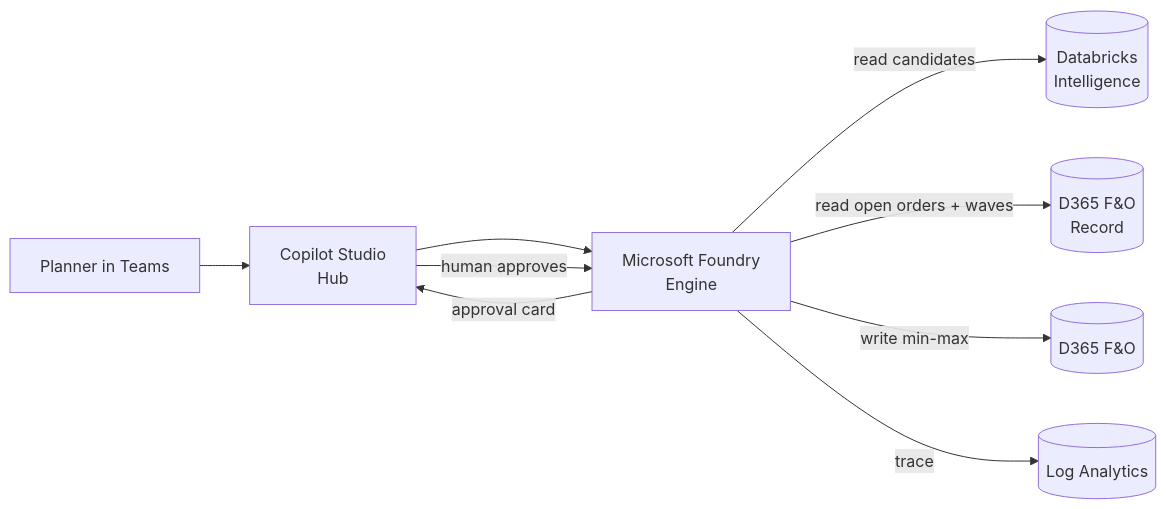
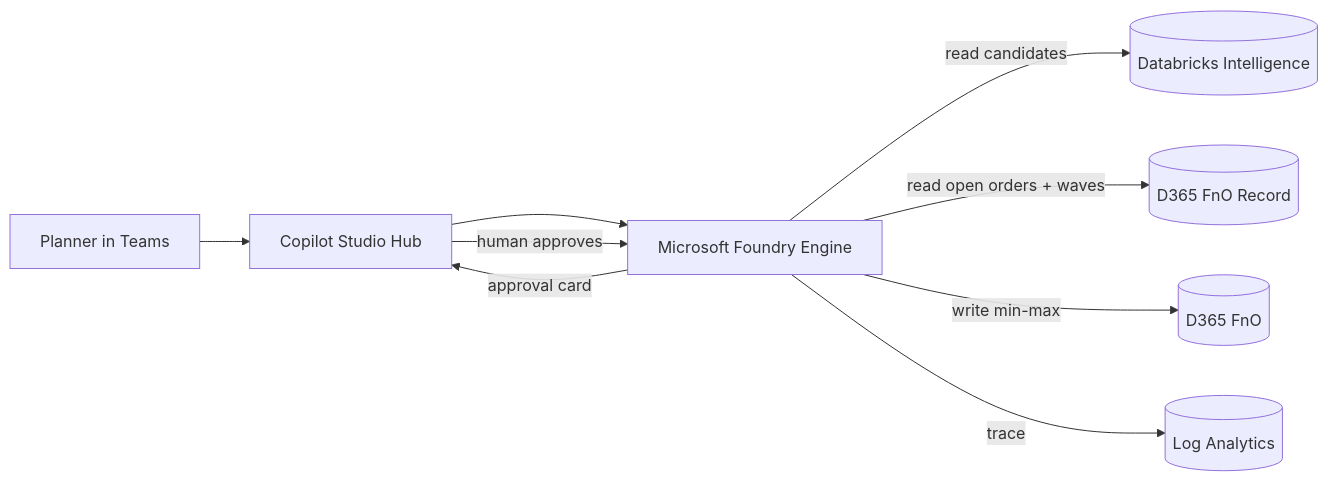
The diagram in docs/01-architecture.md (honestypugh2/warehouse-replenishment-ai-demo), drawn with Mermaid before and after one commit. The commit also changed 3 other files, not shown here.

First line of the commit message:
fix: resolve Mermaid rendering in all docs

````diff
--- a/docs/01-architecture.md
+++ b/docs/01-architecture.md
@@ -22,11 +22,11 @@
 ```mermaid
 flowchart LR
-    P[Planner in Teams] --> CS[Copilot Studio<br/>Hub]
-    CS --> F[Microsoft Foundry<br/>Engine]
-    F -->|read candidates| DBX[(Databricks<br/>Intelligence)]
-    F -->|read open orders + waves| D365R[(D365 F&O<br/>Record)]
+    P[Planner in Teams] --> CS["Copilot Studio Hub"]
+    CS --> F["Microsoft Foundry Engine"]
+    F -->|read candidates| DBX[("Databricks Intelligence")]
+    F -->|read open orders + waves| D365R[("D365 FnO Record")]
     F -->|approval card| CS
     CS -->|human approves| F
-    F -->|write min-max| D365W[(D365 F&O)]
-    F -->|trace| LAW[(Log Analytics)]
+    F -->|write min-max| D365W[("D365 FnO")]
+    F -->|trace| LAW[("Log Analytics")]
 ```
````
